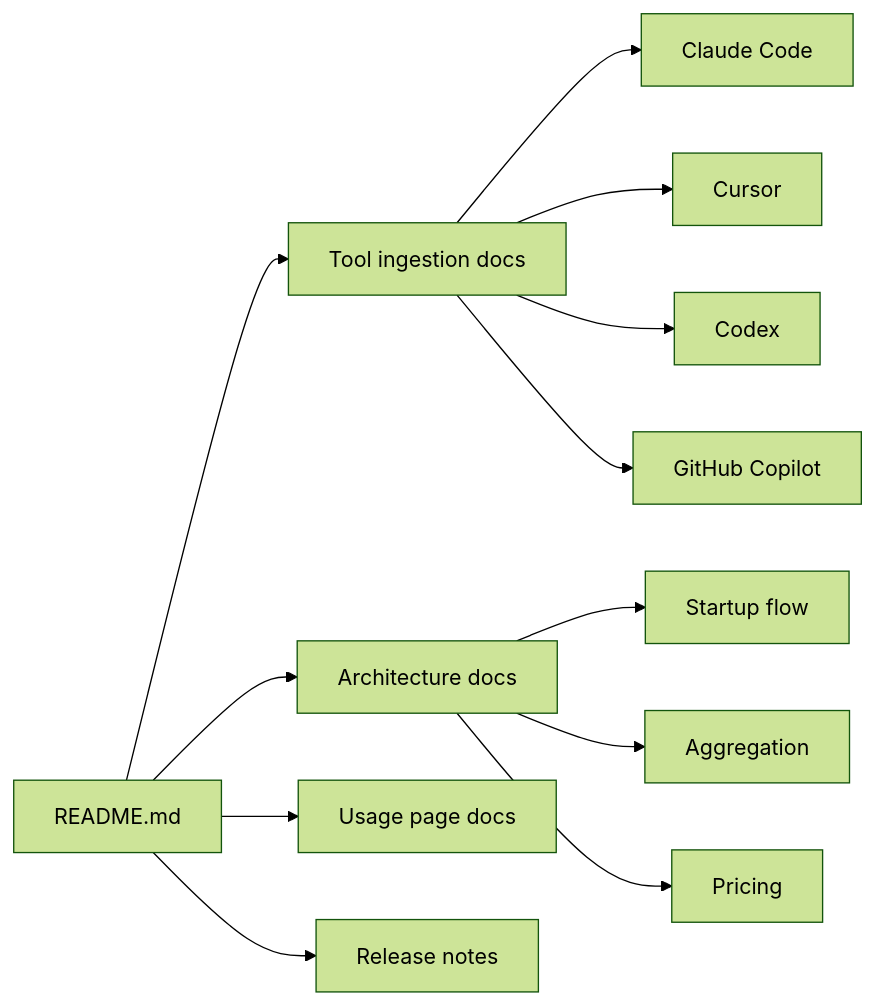
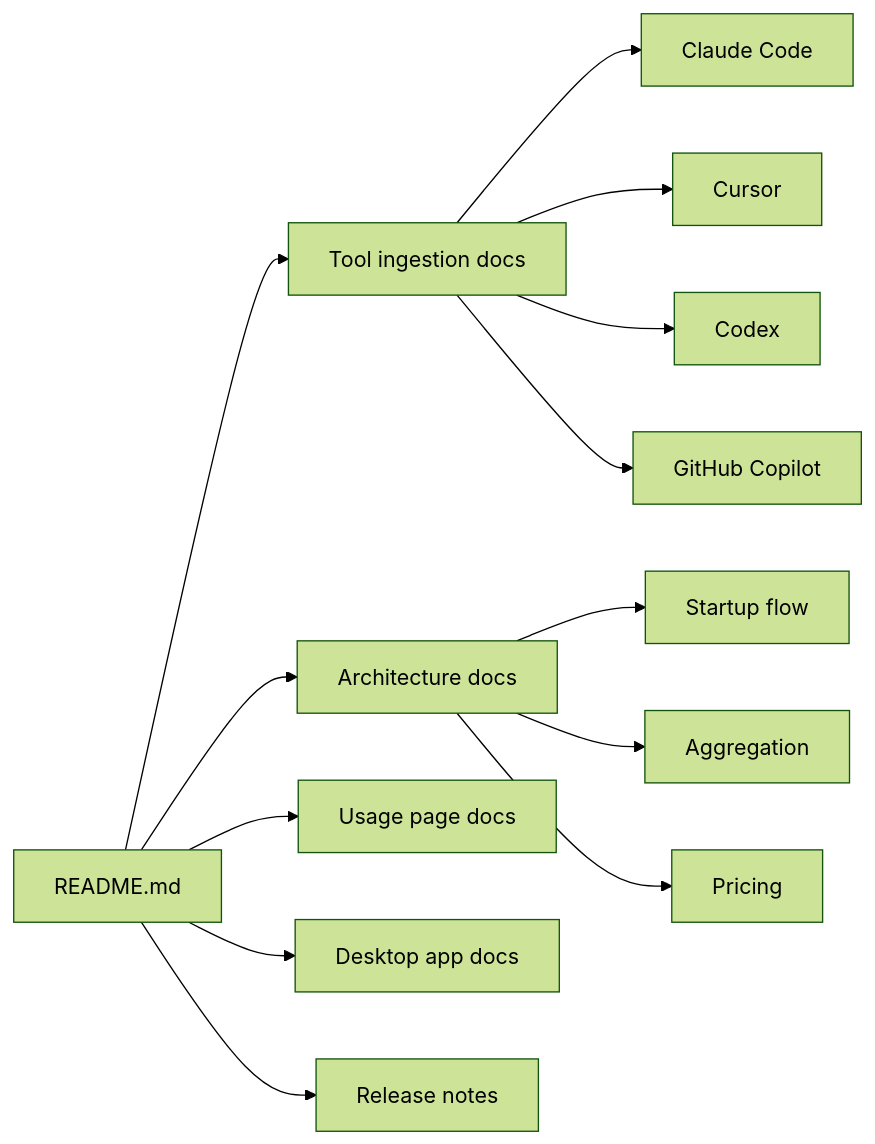
The diagram in docs/README.md (russmckendrick/tokenuse), drawn with Mermaid (forest theme) before and after one commit. The commit also changed other lines of this file and 30 other files, not shown here.

````diff
--- a/docs/README.md
+++ b/docs/README.md
@@ -5,14 +5,15 @@
 ```mermaid
 flowchart LR
     A[README.md] --> B[Tool ingestion docs]
     A --> C[Architecture docs]
     A --> U[Usage page docs]
+    A --> X[Desktop app docs]
     A --> R[Release notes]
     B --> D[Claude Code]
     B --> E[Cursor]
     B --> F[Codex]
     B --> G[GitHub Copilot]
     C --> H[Startup flow]
     C --> I[Aggregation]
     C --> J[Pricing]
 ```
````
